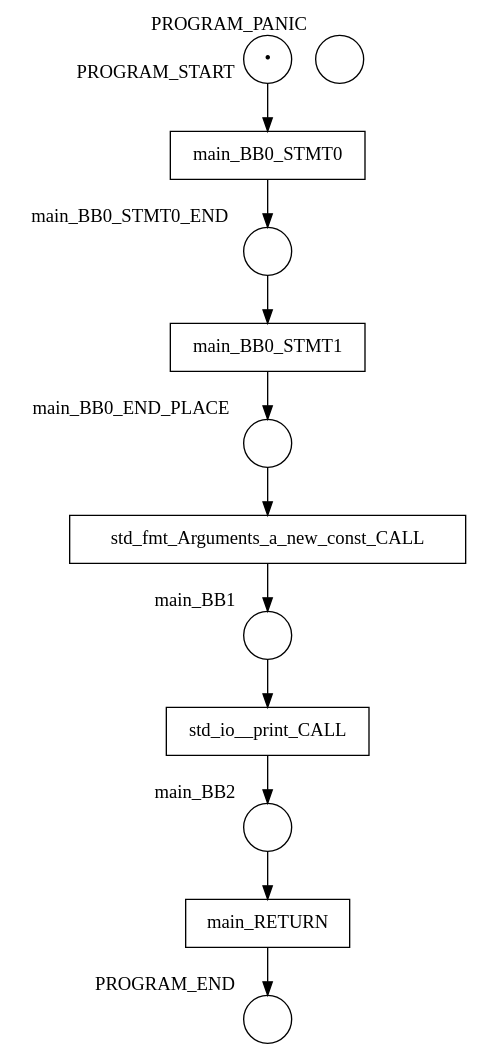
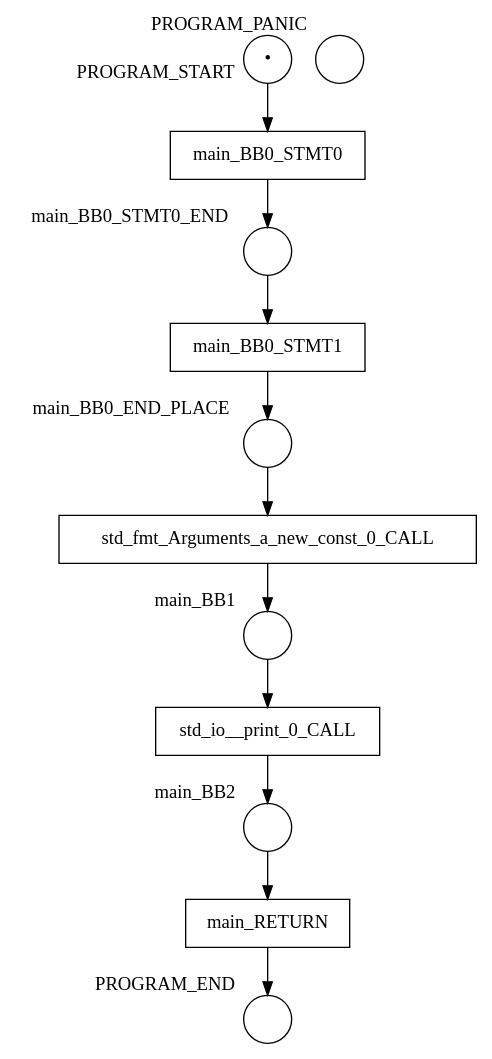
One commit to hlisdero/cargo-check-deadlock changed the diagram in examples/results/basic/hello_world/net.dot. Above: the diagram before and after it, drawn with Graphviz. The commit also changed 11 other files, not shown here.

```diff
--- a/examples/results/basic/hello_world/net.dot
+++ b/examples/results/basic/hello_world/net.dot
@@ -1,24 +1,24 @@
 digraph petrinet {
     PROGRAM_END [shape="circle" xlabel="PROGRAM_END" label=""];
     PROGRAM_PANIC [shape="circle" xlabel="PROGRAM_PANIC" label=""];
     PROGRAM_START [shape="circle" xlabel="PROGRAM_START" label="•"];
     main_BB0_END_PLACE [shape="circle" xlabel="main_BB0_END_PLACE" label=""];
     main_BB0_STMT0_END [shape="circle" xlabel="main_BB0_STMT0_END" label=""];
     main_BB1 [shape="circle" xlabel="main_BB1" label=""];
     main_BB2 [shape="circle" xlabel="main_BB2" label=""];
     main_BB0_STMT0 [shape="box" xlabel="" label="main_BB0_STMT0"];
     main_BB0_STMT1 [shape="box" xlabel="" label="main_BB0_STMT1"];
     main_RETURN [shape="box" xlabel="" label="main_RETURN"];
-    std_fmt_Arguments_a_new_const_CALL [shape="box" xlabel="" label="std_fmt_Arguments_a_new_const_CALL"];
-    std_io__print_CALL [shape="box" xlabel="" label="std_io__print_CALL"];
+    std_fmt_Arguments_a_new_const_0_CALL [shape="box" xlabel="" label="std_fmt_Arguments_a_new_const_0_CALL"];
+    std_io__print_0_CALL [shape="box" xlabel="" label="std_io__print_0_CALL"];
     PROGRAM_START -> main_BB0_STMT0;
-    main_BB0_END_PLACE -> std_fmt_Arguments_a_new_const_CALL;
+    main_BB0_END_PLACE -> std_fmt_Arguments_a_new_const_0_CALL;
     main_BB0_STMT0_END -> main_BB0_STMT1;
-    main_BB1 -> std_io__print_CALL;
+    main_BB1 -> std_io__print_0_CALL;
     main_BB2 -> main_RETURN;
     main_BB0_STMT0 -> main_BB0_STMT0_END;
     main_BB0_STMT1 -> main_BB0_END_PLACE;
     main_RETURN -> PROGRAM_END;
-    std_fmt_Arguments_a_new_const_CALL -> main_BB1;
-    std_io__print_CALL -> main_BB2;
+    std_fmt_Arguments_a_new_const_0_CALL -> main_BB1;
+    std_io__print_0_CALL -> main_BB2;
 }
```
